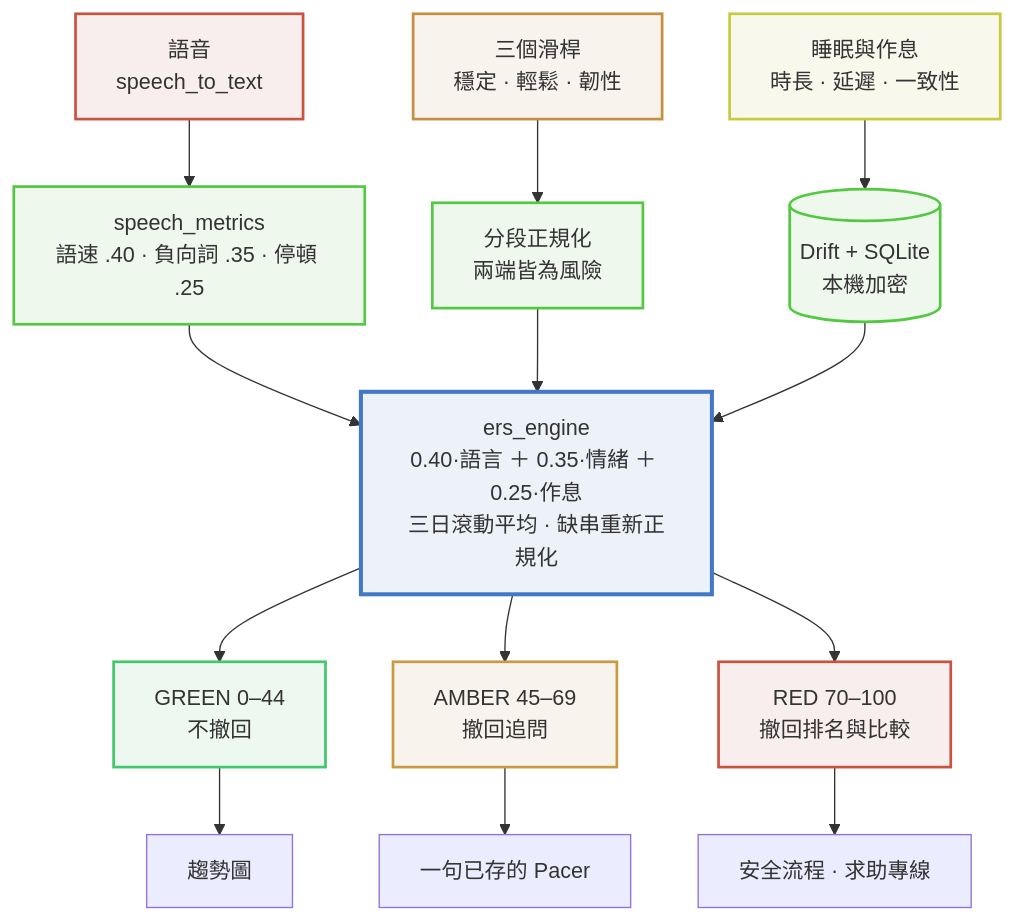
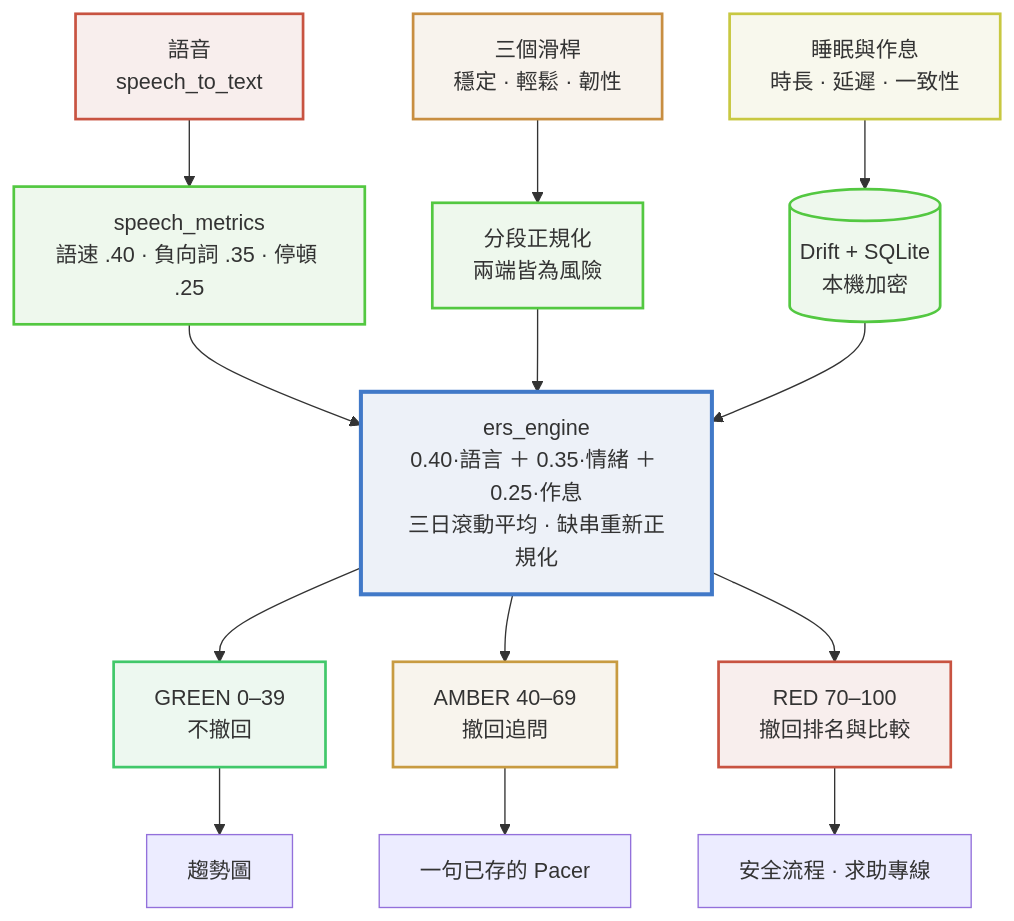
Before and after one commit to acacapcs-star/lii: the first of 3 diagrams in README.zh-TW.md, drawn with Mermaid. The commit also changed other lines of this file and 10 other files, not shown here.

````diff
--- a/README.zh-TW.md
+++ b/README.zh-TW.md
@@ -446,44 +446,44 @@
 ```mermaid
 flowchart TD
     V["語音<br/>speech_to_text"]
     S["三個滑桿<br/>穩定 · 輕鬆 · 韌性"]
     R["睡眠與作息<br/>時長 · 延遲 · 一致性"]
 
     VM["speech_metrics<br/>語速 .40 · 負向詞 .35 · 停頓 .25"]
     SN["分段正規化<br/>兩端皆為風險"]
     DB[("Drift + SQLite<br/>本機加密")]
 
     ENG["ers_engine<br/>0.40·語言 ＋ 0.35·情緒 ＋ 0.25·作息<br/>三日滾動平均 · 缺串重新正規化"]
 
-    G["GREEN 0–44<br/>不撤回"]
-    A["AMBER 45–69<br/>撤回追問"]
+    G["GREEN 0–39<br/>不撤回"]
+    A["AMBER 40–69<br/>撤回追問"]
     RD["RED 70–100<br/>撤回排名與比較"]
 
     T1["趨勢圖"]
     T2["一句已存的 Pacer"]
     T3["安全流程 · 求助專線"]
 
     V --> VM
     S --> SN
     R --> DB
     VM --> ENG
     SN --> ENG
     DB --> ENG
     ENG --> G
     ENG --> A
     ENG --> RD
     G --> T1
     A --> T2
     RD --> T3
 
     style V fill:#F8EEED,stroke:#C85341,stroke-width:2px
     style S fill:#F8F3ED,stroke:#C88E41,stroke-width:2px
     style R fill:#F8F8ED,stroke:#C8C841,stroke-width:2px
     style VM fill:#EEF8ED,stroke:#53C841,stroke-width:2px
     style SN fill:#EEF8ED,stroke:#53C841,stroke-width:2px
     style DB fill:#EEF8ED,stroke:#53C841,stroke-width:2px
     style ENG fill:#EDF1F8,stroke:#4179C8,stroke-width:3px
     style G fill:#EDF8F0,stroke:#41C86A,stroke-width:2px
     style A fill:#F8F4ED,stroke:#C89B41,stroke-width:2px
     style RD fill:#F8EEED,stroke:#C85341,stroke-width:2px
 ```
````
